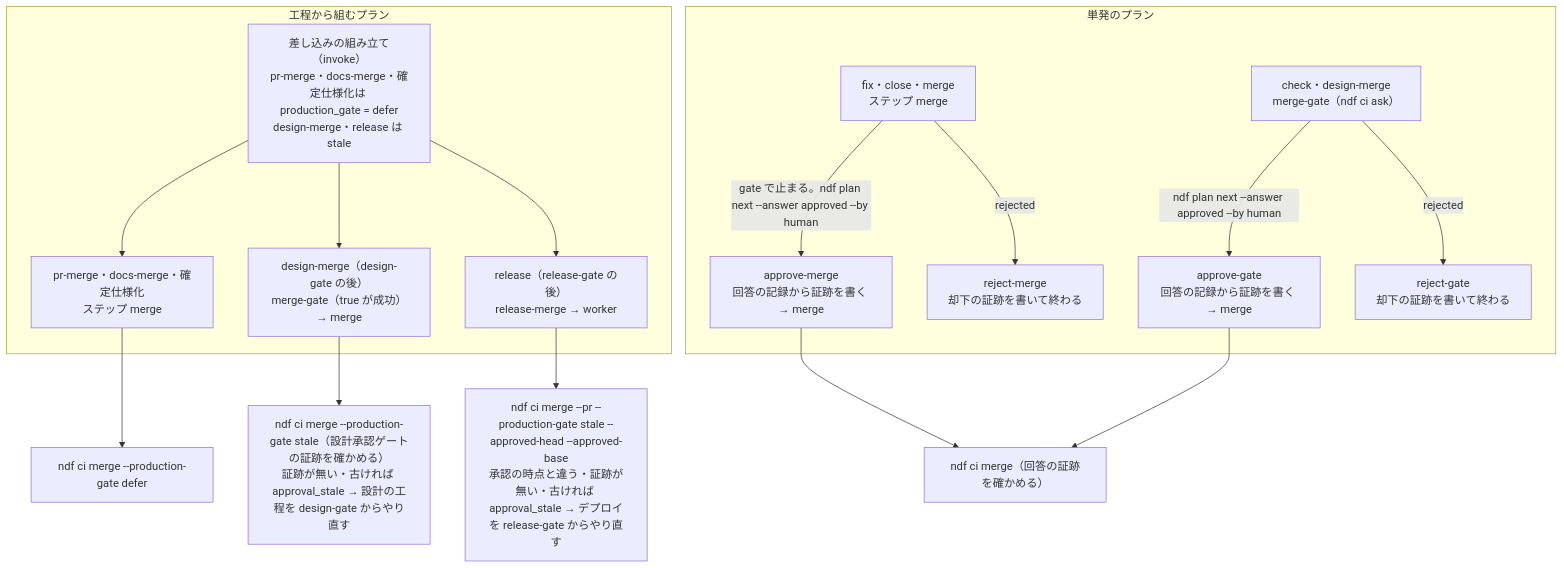
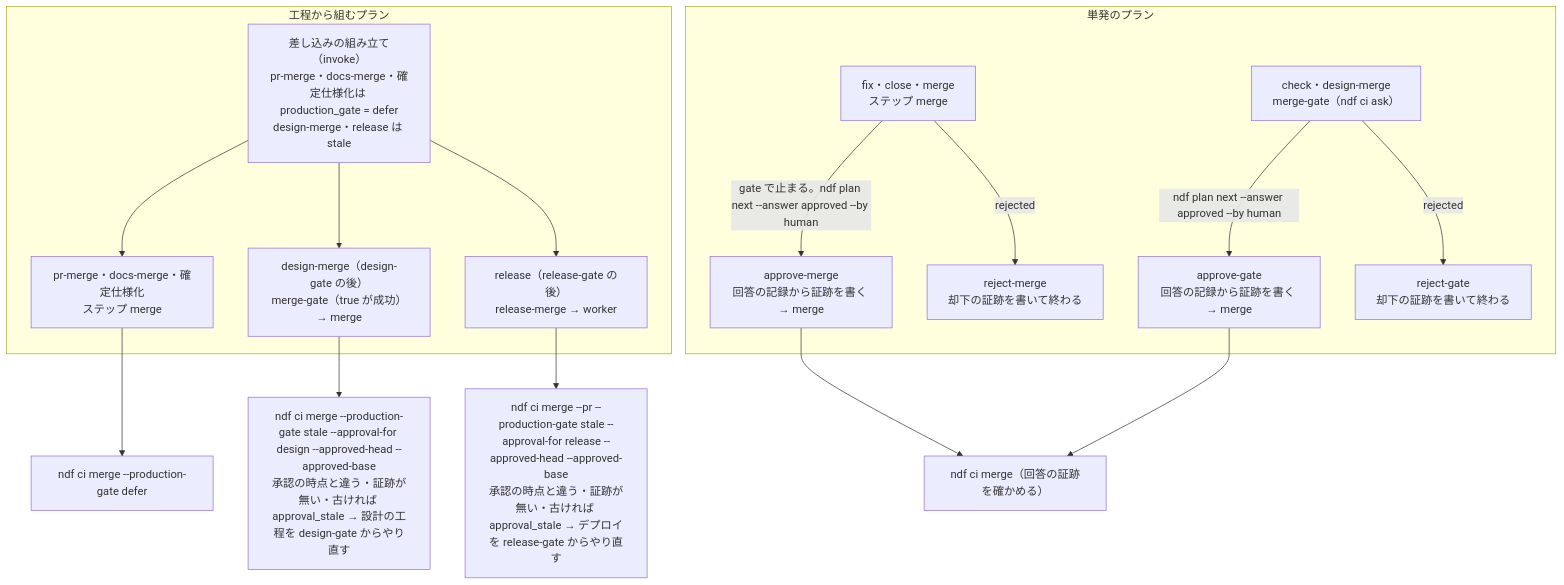
One commit to devbasex/ai-plugins changed the third of 4 diagrams in issues/issue-4409-design.md. Above: the diagram before and after it, drawn with Mermaid. The commit also changed other lines of this file, not shown here.

````diff
--- a/issues/issue-4409-design.md
+++ b/issues/issue-4409-design.md
@@ -161,20 +162,20 @@
 ```mermaid
 graph TD
     subgraph 工程から組むプラン
         IV["差し込みの組み立て（invoke）<br/>pr-merge・docs-merge・確定仕様化は production_gate = defer<br/>design-merge・release は stale"]
         IV --> S1["pr-merge・docs-merge・確定仕様化<br/>ステップ merge"]
         IV --> S2["design-merge（design-gate の後）<br/>merge-gate（true が成功）→ merge"]
         IV --> S3["release（release-gate の後）<br/>release-merge → worker"]
     end
     subgraph 単発のプラン
         U1["fix・close・merge<br/>ステップ merge"] -->|gate で止まる。ndf plan next --answer approved --by human| U1b["approve-merge<br/>回答の記録から証跡を書く → merge"]
         U3["check・design-merge<br/>merge-gate（ndf ci ask）"] -->|ndf plan next --answer approved --by human| U3b["approve-gate<br/>回答の記録から証跡を書く → merge"]
         U1 -->|rejected| U1c["reject-merge<br/>却下の証跡を書いて終わる"]
         U3 -->|rejected| U3c["reject-gate<br/>却下の証跡を書いて終わる"]
     end
     S1 --> CM1["ndf ci merge --production-gate defer"]
-    S2 --> CM2["ndf ci merge --production-gate stale（設計承認ゲートの証跡を確かめる）<br/>証跡が無い・古ければ approval_stale → 設計の工程を design-gate からやり直す"]
-    S3 --> CM3["ndf ci merge --pr --production-gate stale --approved-head --approved-base<br/>承認の時点と違う・証跡が無い・古ければ approval_stale → デプロイを release-gate からやり直す"]
+    S2 --> CM2["ndf ci merge --production-gate stale --approval-for design --approved-head --approved-base<br/>承認の時点と違う・証跡が無い・古ければ approval_stale → 設計の工程を design-gate からやり直す"]
+    S3 --> CM3["ndf ci merge --pr --production-gate stale --approval-for release --approved-head --approved-base<br/>承認の時点と違う・証跡が無い・古ければ approval_stale → デプロイを release-gate からやり直す"]
     U1b --> CM4["ndf ci merge（回答の証跡を確かめる）"]
     U3b --> CM4
 ```
````
